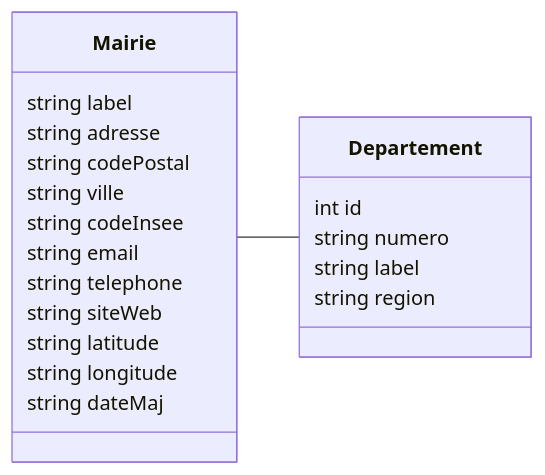
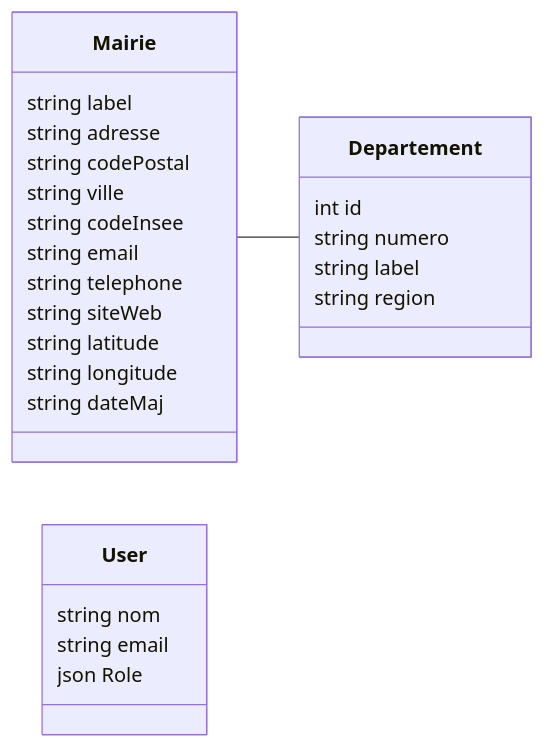
The diagram in README.md (HugoBiegas/Biegas_Hugo_exam_api), drawn with Mermaid before and after one commit.

````diff
--- a/README.md
+++ b/README.md
@@ -37,20 +37,23 @@
 ```mermaid
     classDiagram
         direction LR
         Mairie -- Departement
         Departement : int id
         Departement : string numero
         Departement : string label
         Departement : string region
         Mairie : string label
         Mairie : string adresse
         Mairie : string codePostal
         Mairie : string ville
         Mairie : string codeInsee
         Mairie : string email
         Mairie : string telephone
         Mairie : string siteWeb
         Mairie : string latitude
         Mairie : string longitude
         Mairie : string dateMaj
+        User : string nom
+        User : string email
+        User : json Role 
 ```
````
